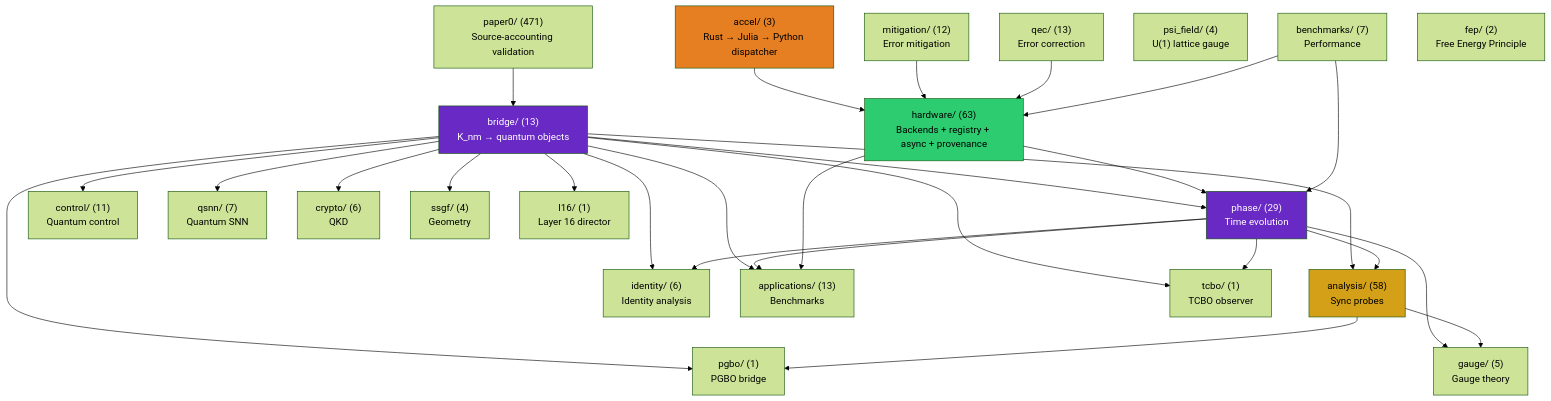
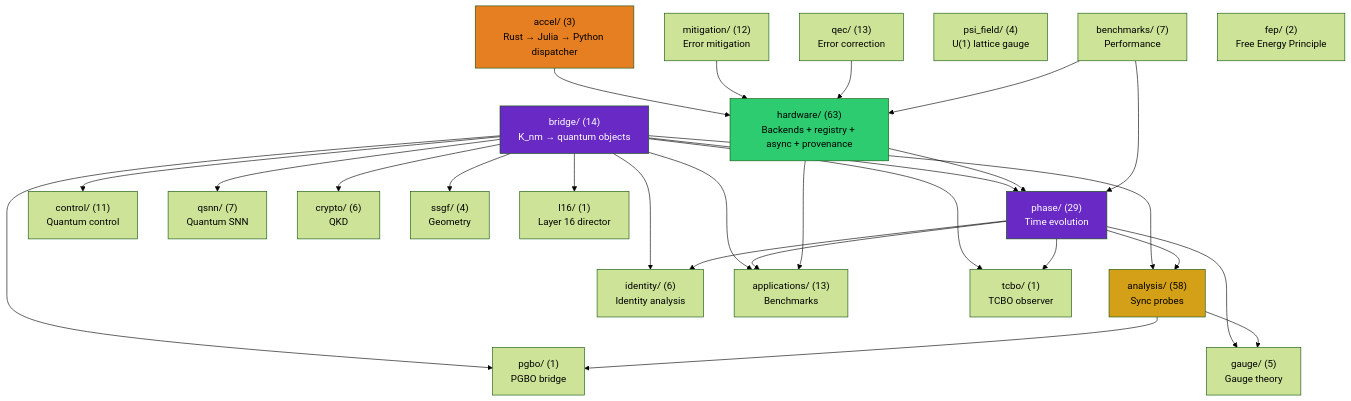
Before and after one commit to anulum/scpn-quantum-control: the first of 4 diagrams in docs/architecture.md, drawn with Mermaid (forest theme). The commit also changed 6104 other files, not shown here.

````diff
--- a/docs/architecture.md
+++ b/docs/architecture.md
@@ -91,57 +91,55 @@
 ```mermaid
 graph TD
-    bridge["bridge/ (13)\nK_nm → quantum objects"]
-    paper0["paper0/ (471)\nSource-accounting validation"]
+    bridge["bridge/ (14)\nK_nm → quantum objects"]
     phase["phase/ (29)\nTime evolution"]
     analysis["analysis/ (58)\nSync probes"]
     control["control/ (11)\nQuantum control"]
     qsnn["qsnn/ (7)\nQuantum SNN"]
     identity["identity/ (6)\nIdentity analysis"]
     hardware["hardware/ (63)\nBackends + registry + async + provenance"]
     mitigation["mitigation/ (12)\nError mitigation"]
     qec["qec/ (13)\nError correction"]
     gauge["gauge/ (5)\nGauge theory"]
     apps["applications/ (13)\nBenchmarks"]
     crypto["crypto/ (6)\nQKD"]
     benchmarks["benchmarks/ (7)\nPerformance"]
     ssgf["ssgf/ (4)\nGeometry"]
     psi_field["psi_field/ (4)\nU(1) lattice gauge"]
     accel["accel/ (3)\nRust → Julia → Python dispatcher"]
     fep["fep/ (2)\nFree Energy Principle"]
     tcbo["tcbo/ (1)\nTCBO observer"]
     pgbo["pgbo/ (1)\nPGBO bridge"]
     l16["l16/ (1)\nLayer 16 director"]
 
     bridge --> phase
     bridge --> analysis
-    paper0 --> bridge
     bridge --> control
     bridge --> qsnn
     bridge --> identity
     bridge --> apps
     bridge --> crypto
     bridge --> ssgf
     phase --> analysis
     phase --> identity
     phase --> apps
     phase --> gauge
     analysis --> gauge
     hardware --> phase
     hardware --> apps
     accel --> hardware
     mitigation --> hardware
     qec --> hardware
     benchmarks --> phase
     benchmarks --> hardware
     bridge --> tcbo
     bridge --> pgbo
     bridge --> l16
     phase --> tcbo
     analysis --> pgbo
 
     style bridge fill:#6929C4,color:#fff
     style analysis fill:#d4a017,color:#000
     style phase fill:#6929C4,color:#fff
     style hardware fill:#2ecc71,color:#000
     style accel fill:#e67e22,color:#000
 ```
````
